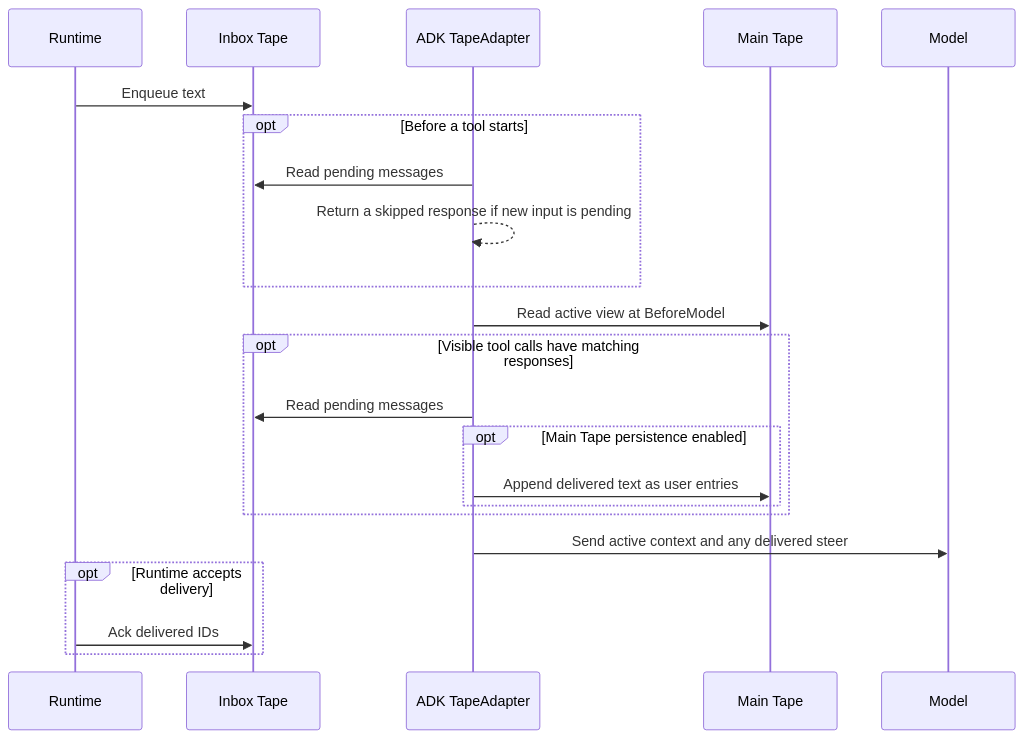
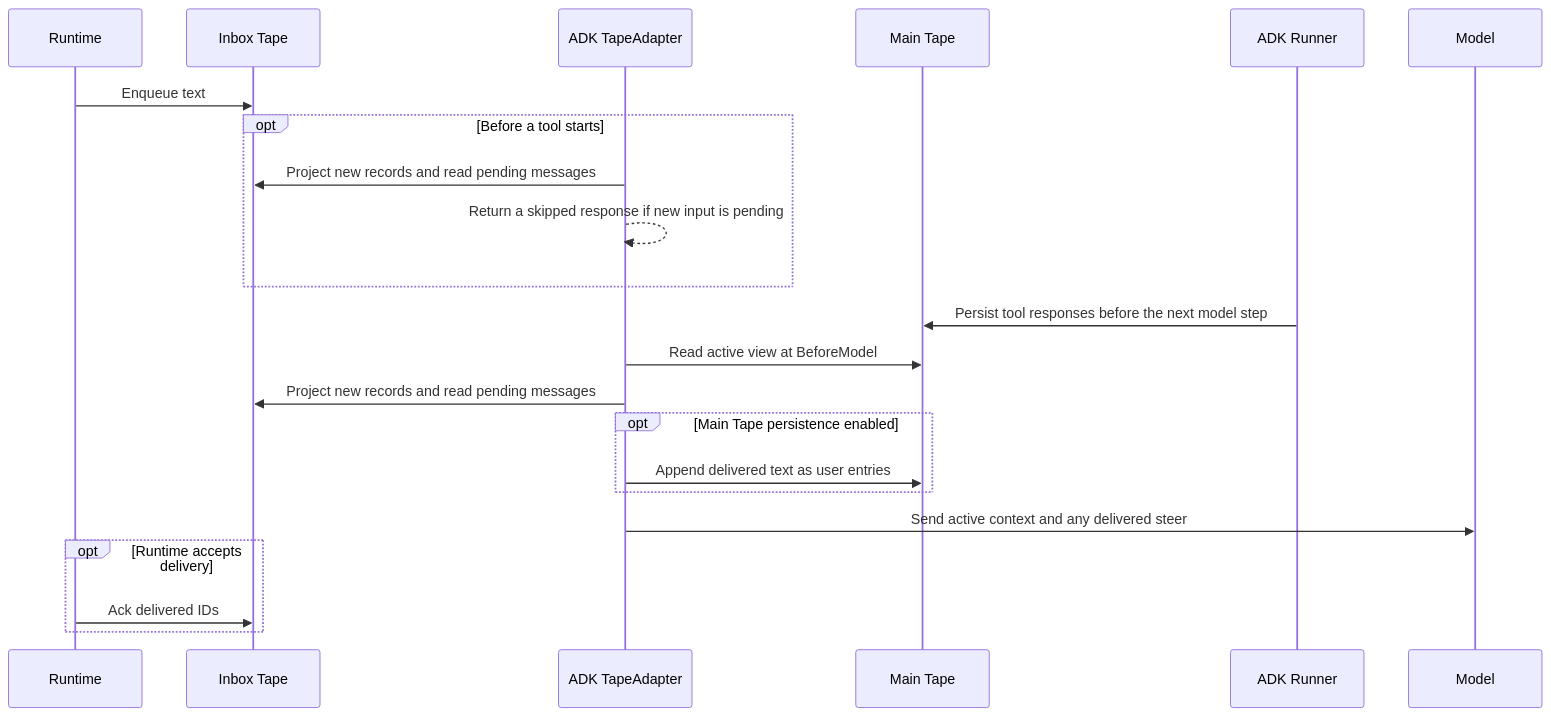
The diagram in docs/designs/steer-inbox-design.md (scbizu/tape-go), drawn with Mermaid before and after one commit. The commit also changed other lines of this file and 8 other files, not shown here.

Commit message:
refactor(steer): project inbox tail and simplify ADK delivery

````diff
--- a/docs/designs/steer-inbox-design.md
+++ b/docs/designs/steer-inbox-design.md
@@ -11,24 +11,24 @@
 ```mermaid
 sequenceDiagram
     participant Runtime
     participant Inbox as Inbox Tape
     participant Adapter as ADK TapeAdapter
     participant Main as Main Tape
+    participant ADK as ADK Runner
     participant Model
     Runtime->>Inbox: Enqueue text
     opt Before a tool starts
-        Adapter->>Inbox: Read pending messages
+        Adapter->>Inbox: Project new records and read pending messages
         Adapter-->>Adapter: Return a skipped response if new input is pending
     end
+    ADK->>Main: Persist tool responses before the next model step
     Adapter->>Main: Read active view at BeforeModel
-    opt Visible tool calls have matching responses
-        Adapter->>Inbox: Read pending messages
-        opt Main Tape persistence enabled
-            Adapter->>Main: Append delivered text as user entries
-        end
+    Adapter->>Inbox: Project new records and read pending messages
+    opt Main Tape persistence enabled
+        Adapter->>Main: Append delivered text as user entries
     end
     Adapter->>Model: Send active context and any delivered steer
     opt Runtime accepts delivery
         Runtime->>Inbox: Ack delivered IDs
     end
 ```
````
